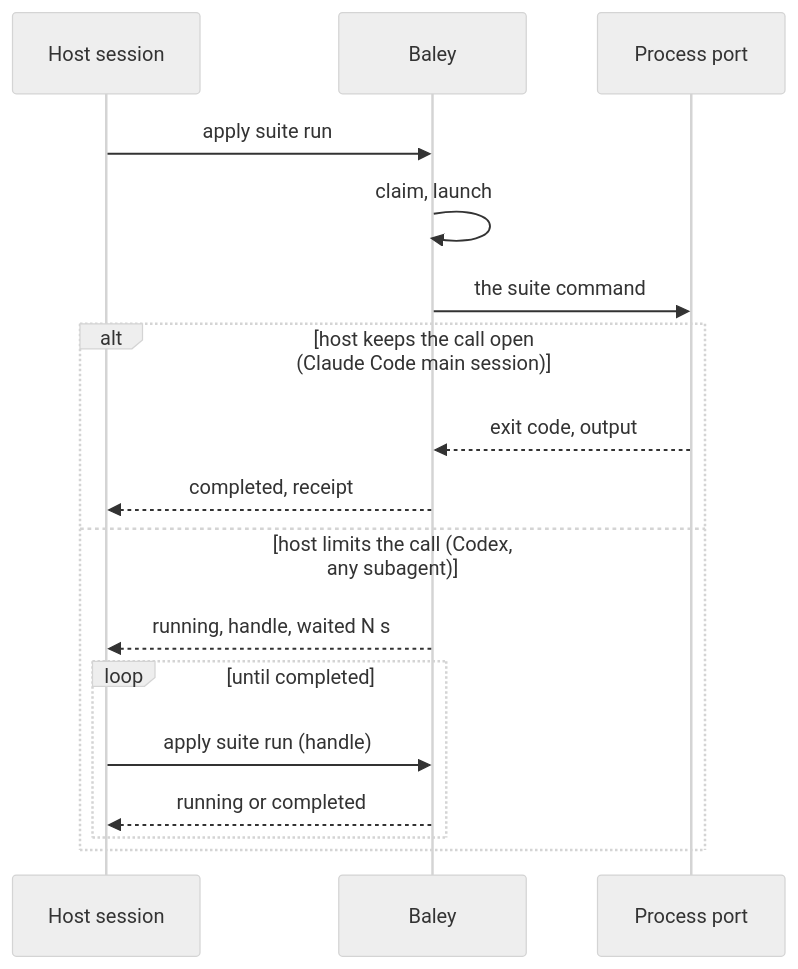
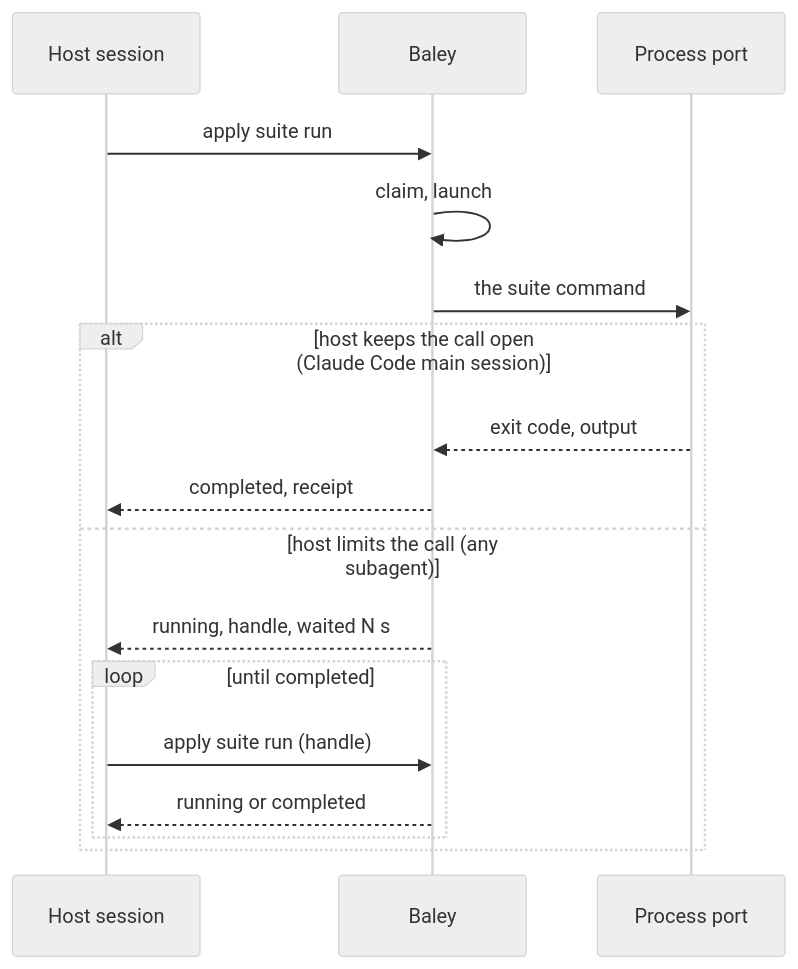
The fifth of 6 diagrams in docs/design/0012-host-interface.md (crenshawdev/baley), drawn with Mermaid (neutral theme) before and after one commit. The commit also changed other lines of this file, not shown here.

First line of the commit message:
docs(design): state claude-only host scope and the unknown-host refusal in 0012

````diff
--- a/docs/design/0012-host-interface.md
+++ b/docs/design/0012-host-interface.md
@@ -243,19 +243,19 @@
 ```mermaid
 sequenceDiagram
   participant H as Host session
   participant S as Baley
   participant P as Process port
   H->>S: apply suite run
   S->>S: claim, launch
   S->>P: the suite command
   alt host keeps the call open (Claude Code main session)
     P-->>S: exit code, output
     S-->>H: completed, receipt
-  else host limits the call (Codex, any subagent)
+  else host limits the call (any subagent)
     S-->>H: running, handle, waited N s
     loop until completed
       H->>S: apply suite run (handle)
       S-->>H: running or completed
     end
   end
 ```
````
